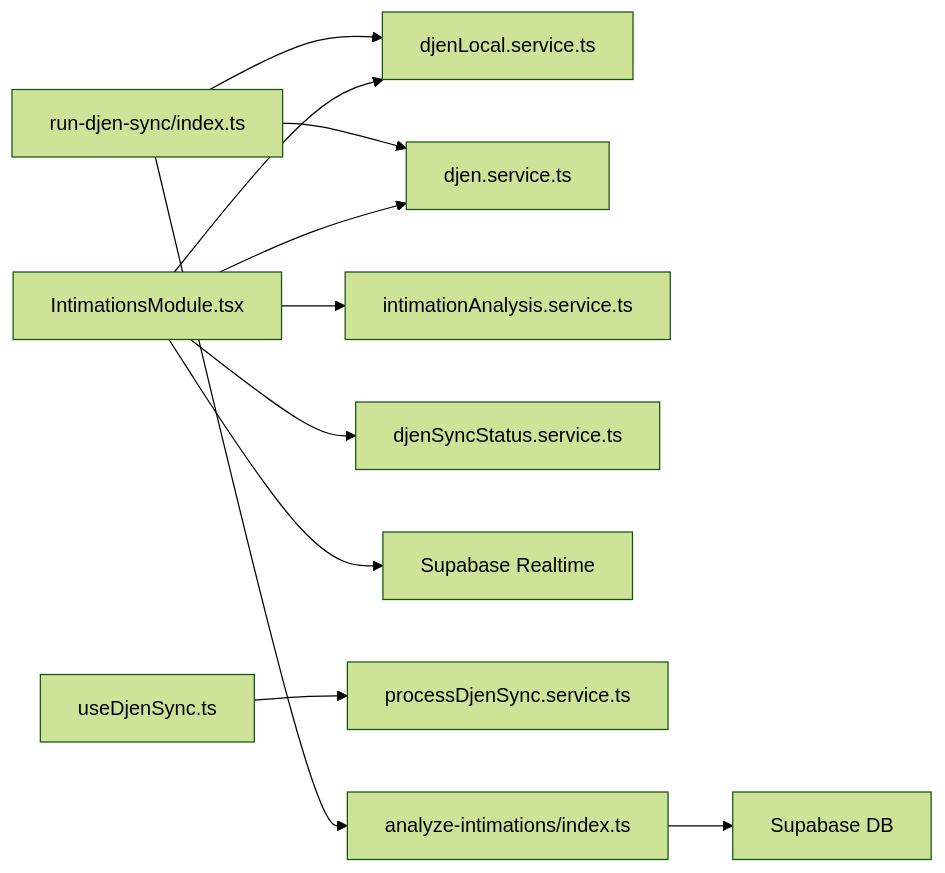
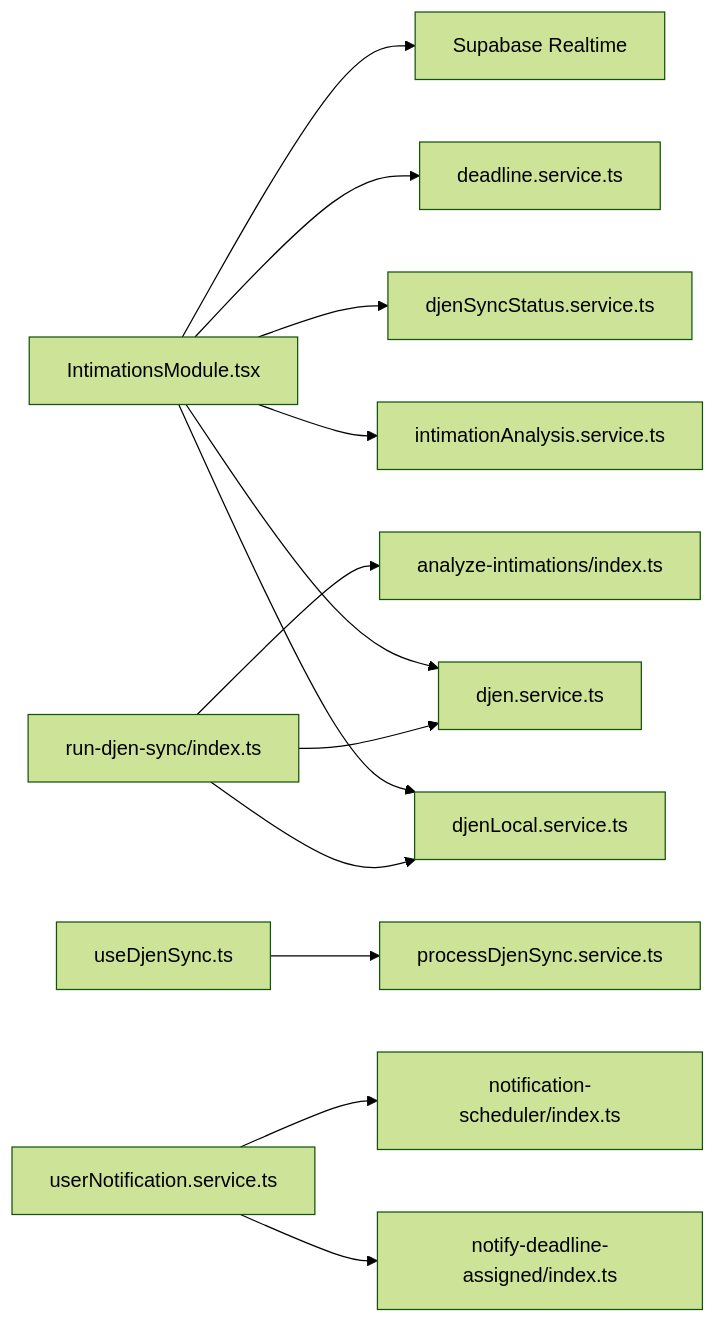
Before and after one commit to usermontalvao/CRMlaw: diagram 11 of 12 in .qoder/repowiki/en/content/Core Modules/Intimations Module.md, drawn with Mermaid (forest theme). The commit also changed other lines of this file and 8 other files, not shown here.

````diff
--- a/.qoder/repowiki/en/content/Core Modules/Intimations Module.md
+++ b/.qoder/repowiki/en/content/Core Modules/Intimations Module.md
@@ -363,13 +573,15 @@
 ```mermaid
 graph LR
 IM["IntimationsModule.tsx"] --> DLS["djenLocal.service.ts"]
 IM --> DS["djen.service.ts"]
 IM --> IAS["intimationAnalysis.service.ts"]
 IM --> DSS["djenSyncStatus.service.ts"]
+IM --> DLSvc["deadline.service.ts"]
 IM --> RT["Supabase Realtime"]
 Hook["useDjenSync.ts"] --> PDS["processDjenSync.service.ts"]
 RS["run-djen-sync/index.ts"] --> DS
 RS --> DLS
 RS --> AF["analyze-intimations/index.ts"]
-AF --> DB["Supabase DB"]
+UN["userNotification.service.ts"] --> UNF["notify-deadline-assigned/index.ts"]
+UN --> NSF["notification-scheduler/index.ts"]
 ```
````
